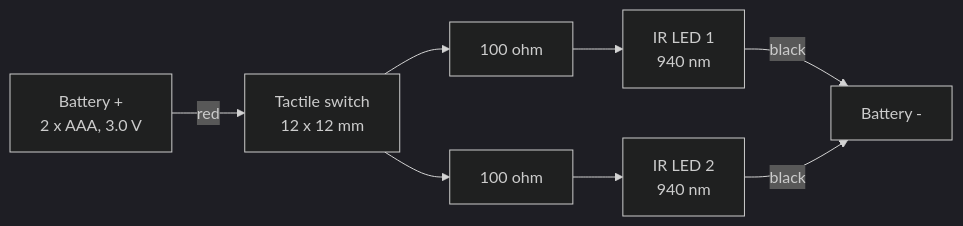
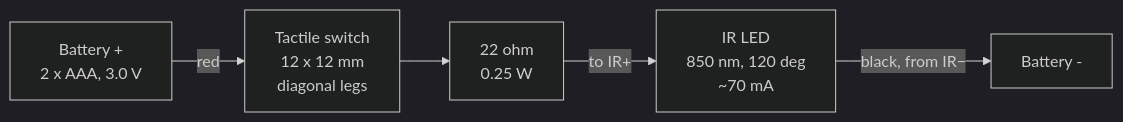
One commit to bnhovde/ir-graffiti changed the diagram in README.md. Above: the diagram before and after it, drawn with Mermaid (dark theme). The commit also changed other lines of this file, not shown here.

````diff
--- a/README.md
+++ b/README.md
@@ -81,18 +118,13 @@
 ```mermaid
 graph LR
     BAT["Battery +<br/>2 x AAA, 3.0 V"]
-    SW["Tactile switch<br/>12 x 12 mm"]
-    R1["100 ohm"]
-    R2["100 ohm"]
-    D1["IR LED 1<br/>940 nm"]
-    D2["IR LED 2<br/>940 nm"]
+    SW["Tactile switch<br/>12 x 12 mm<br/>diagonal legs"]
+    R["22 ohm<br/>0.25 W"]
+    D["IR LED<br/>850 nm, 120 deg<br/>~70 mA"]
     GND["Battery -"]
 
     BAT -->|red| SW
-    SW --> R1
-    SW --> R2
-    R1 --> D1
-    R2 --> D2
-    D1 -->|black| GND
-    D2 -->|black| GND
+    SW --> R
+    R -->|to IR+| D
+    D -->|black, from IR−| GND
 ```
````
